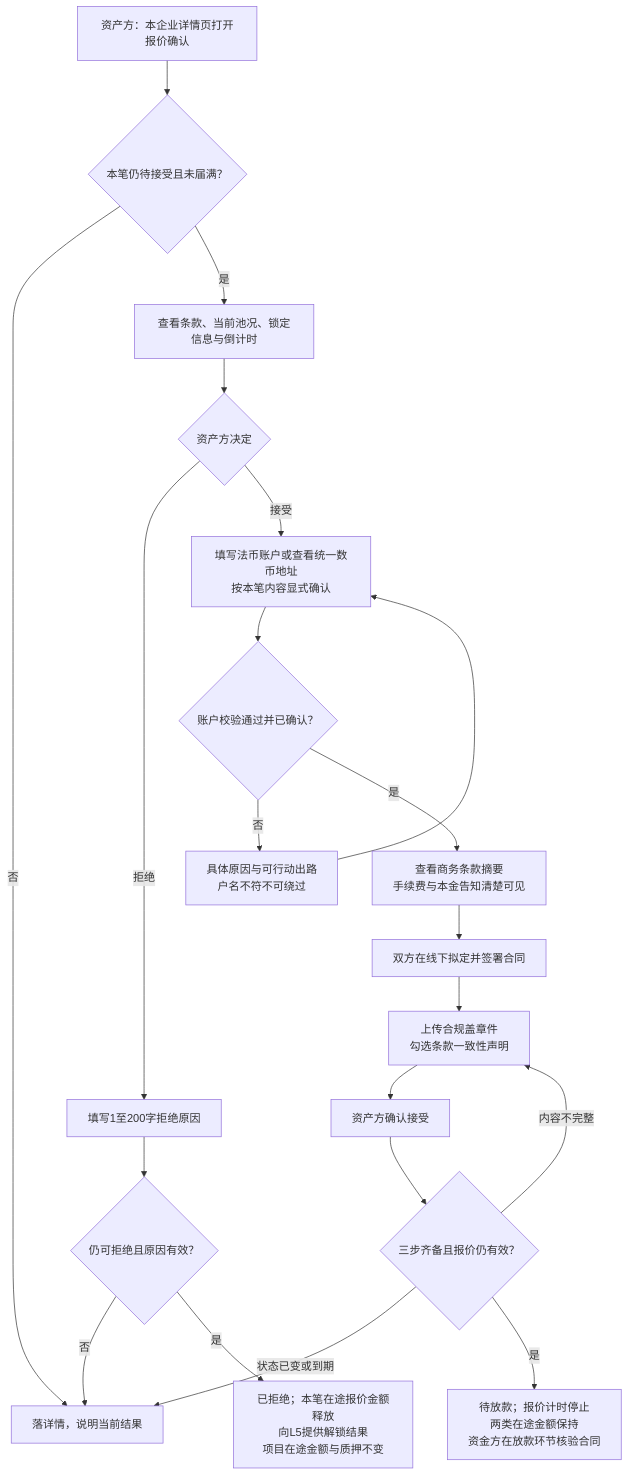
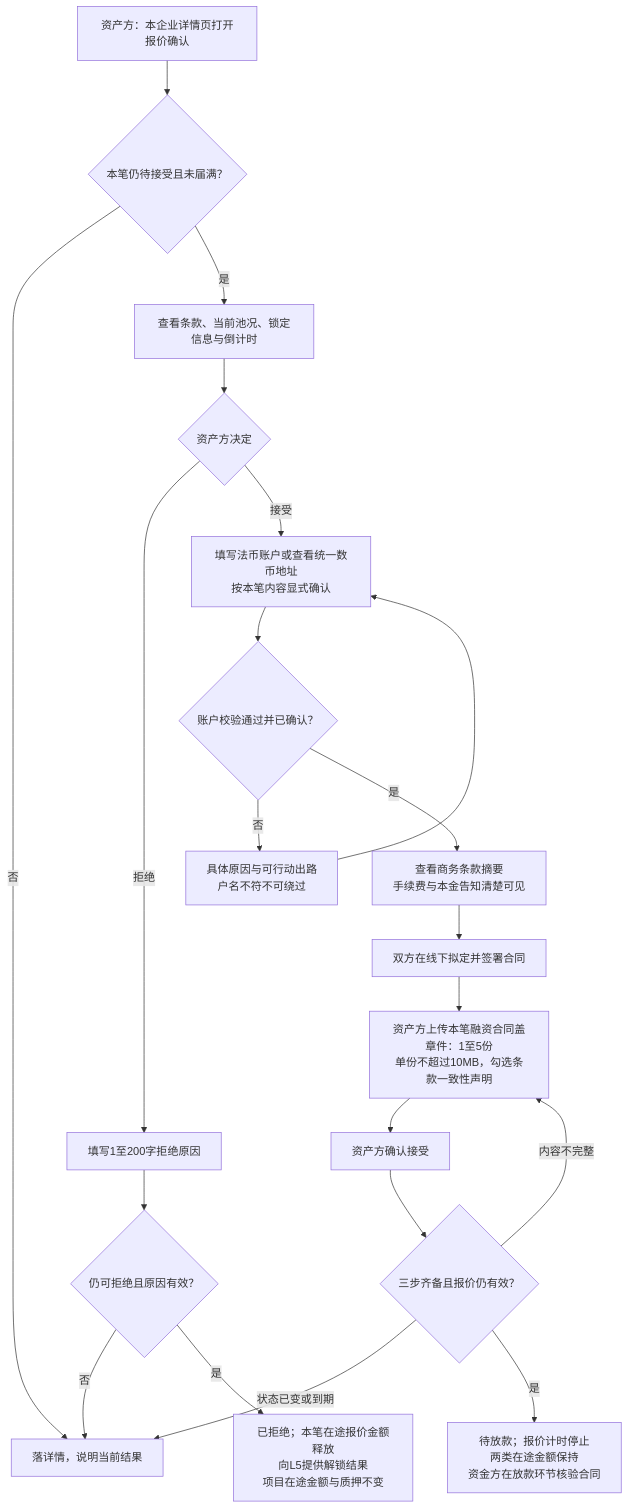
The second of 7 diagrams in lending-platform/PRD/v1.0-借贷广场-授信报价与接受拒绝/v1.0-借贷广场-授信报价与接受拒绝-流程图与状态机.md (wxblockchain/Chain-Financing), drawn with Mermaid before and after one commit. The commit also changed other lines of this file and 4 other files, not shown here.

````diff
--- a/lending-platform/PRD/v1.0-借贷广场-授信报价与接受拒绝/v1.0-借贷广场-授信报价与接受拒绝-流程图与状态机.md
+++ b/lending-platform/PRD/v1.0-借贷广场-授信报价与接受拒绝/v1.0-借贷广场-授信报价与接受拒绝-流程图与状态机.md
@@ -54,23 +62,23 @@
 ```mermaid
 flowchart TD
   A["资产方：本企业详情页打开报价确认"] --> B{"本笔仍待接受且未届满？"}
   B -- "否" --> X["落详情，说明当前结果"]
   B -- "是" --> C["查看条款、当前池况、锁定信息与倒计时"]
   C --> D{"资产方决定"}
   D -- "拒绝" --> R["填写1至200字拒绝原因"]
   R --> R1{"仍可拒绝且原因有效？"}
   R1 -- "否" --> X
   R1 -- "是" --> R2["已拒绝；本笔在途报价金额释放<br/>向L5提供解锁结果<br/>项目在途金额与质押不变"]
   D -- "接受" --> E["填写法币账户或查看统一数币地址<br/>按本笔内容显式确认"]
   E --> F{"账户校验通过并已确认？"}
   F -- "否" --> E1["具体原因与可行动出路<br/>户名不符不可绕过"]
   E1 --> E
   F -- "是" --> G["查看商务条款摘要<br/>手续费与本金告知清楚可见"]
   G --> H["双方在线下拟定并签署合同"]
-  H --> I["上传合规盖章件<br/>勾选条款一致性声明"]
+  H --> I["资产方上传本笔融资合同盖章件：1至5份<br/>单份不超过10MB，勾选条款一致性声明"]
   I --> J["资产方确认接受"]
   J --> K{"三步齐备且报价仍有效？"}
   K -- "状态已变或到期" --> X
   K -- "内容不完整" --> I
   K -- "是" --> L["待放款；报价计时停止<br/>两类在途金额保持<br/>资金方在放款环节核验合同"]
 ```
````
